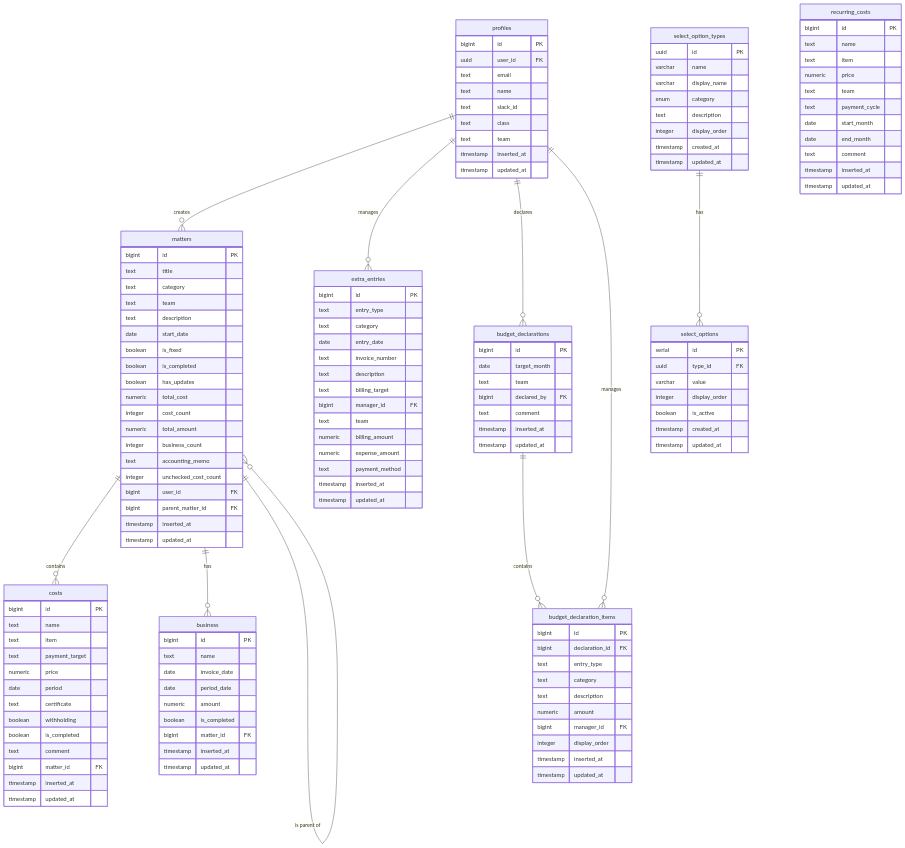
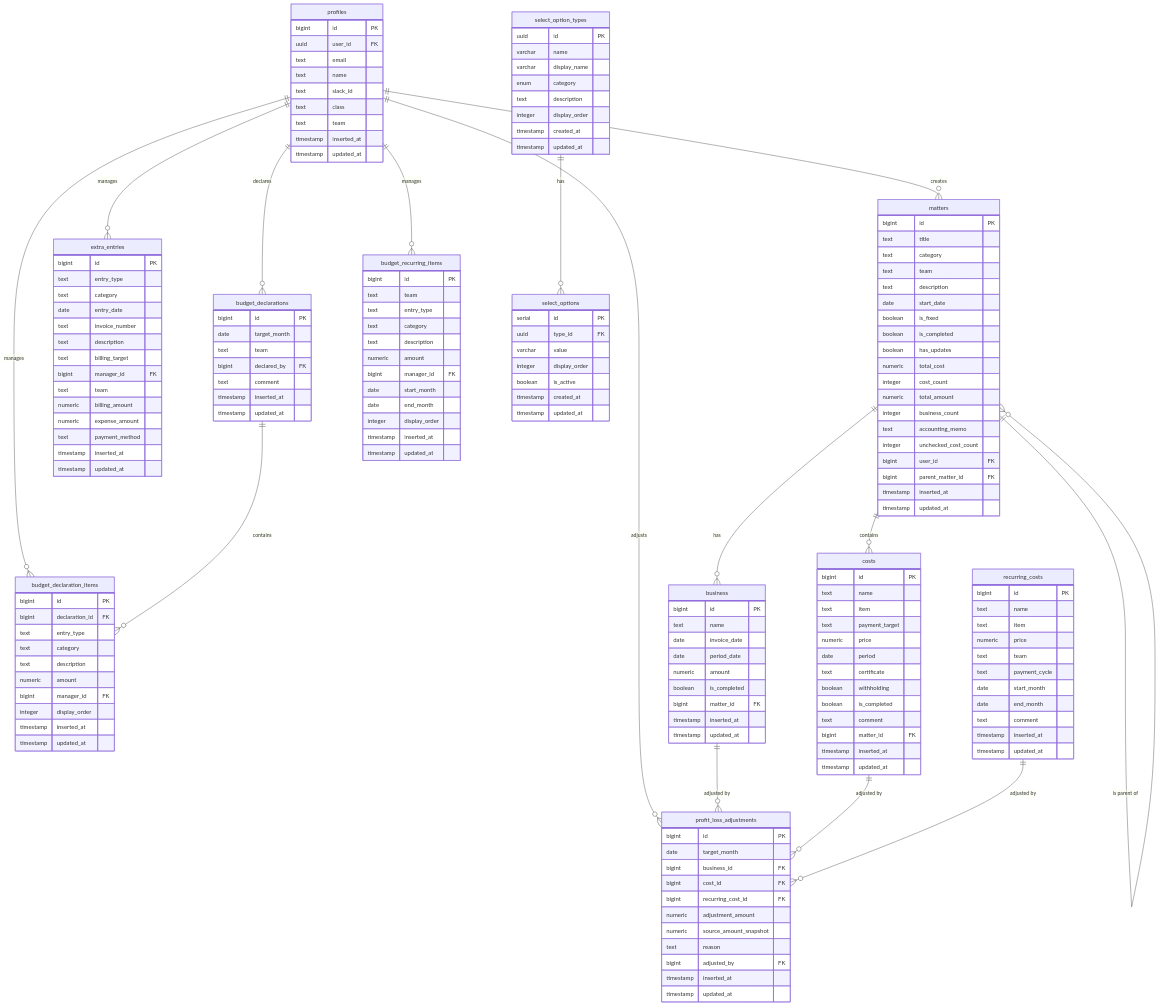
Before and after one commit to Singuralitylabs/accounting-system: the diagram in docs/database.md, drawn with Mermaid. The commit also changed other lines of this file and 15 other files, not shown here.

````diff
--- a/docs/database.md
+++ b/docs/database.md
@@ -1267,11 +1563,16 @@
     profiles ||--o{ extra_entries : "manages"
     profiles ||--o{ budget_declarations : "declares"
     profiles ||--o{ budget_declaration_items : "manages"
+    profiles ||--o{ budget_recurring_items : "manages"
+    profiles ||--o{ profit_loss_adjustments : "adjusts"
     budget_declarations ||--o{ budget_declaration_items : "contains"
     matters ||--o{ costs : "contains"
     matters ||--o{ business : "has"
     matters ||--o{ matters : "is parent of"
     select_option_types ||--o{ select_options : "has"
+    business ||--o{ profit_loss_adjustments : "adjusted by"
+    costs ||--o{ profit_loss_adjustments : "adjusted by"
+    recurring_costs ||--o{ profit_loss_adjustments : "adjusted by"
 
     profiles {
         bigint id PK
@@ -1409,4 +1710,33 @@
         timestamp inserted_at
         timestamp updated_at
     }
+
+    budget_recurring_items {
+        bigint id PK
+        text team
+        text entry_type
+        text category
+        text description
+        numeric amount
+        bigint manager_id FK
+        date start_month
+        date end_month
+        integer display_order
+        timestamp inserted_at
+        timestamp updated_at
+    }
+
+    profit_loss_adjustments {
+        bigint id PK
+        date target_month
+        bigint business_id FK
+        bigint cost_id FK
+        bigint recurring_cost_id FK
+        numeric adjustment_amount
+        numeric source_amount_snapshot
+        text reason
+        bigint adjusted_by FK
+        timestamp inserted_at
+        timestamp updated_at
+    }
 ```
````
